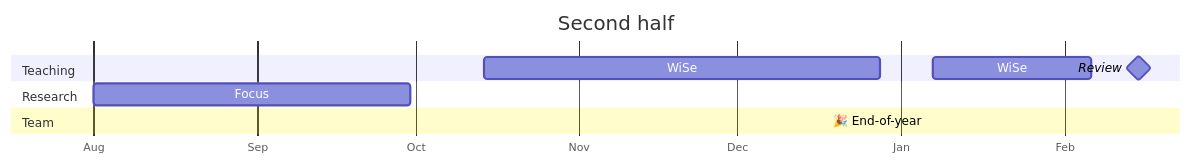
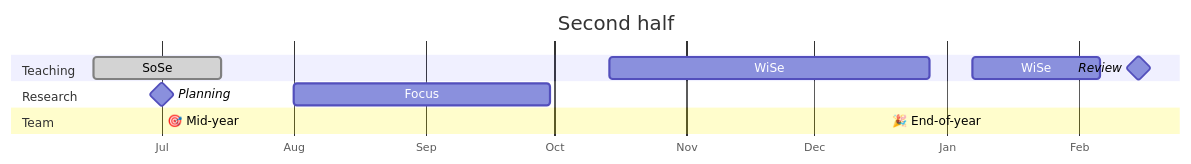
One commit to digital-work-lab/handbook changed the second of 2 diagrams in docs/02.calendar.md. Above: the diagram before and after it, drawn with Mermaid.

````diff
--- a/docs/02.calendar.md
+++ b/docs/02.calendar.md
@@ -35,22 +34,25 @@
 ```mermaid
 ---
 displayMode: compact
 ---
 gantt
     title Second half
     dateFormat  YYYY-MM-DD
     todayMarker stroke-width:5px,stroke:red,opacity:0.8
     axisFormat %b
     section Teaching
 
+    SoSe           :done, 2024-06-15, 30d
     WiSe           :a2, 2024-10-14, 75d
     WiSe           :a2, 2025-01-07, 30d
     Review   :milestone, 2025-02-15, milestone
 
     section Research
+    Planning :milestone, 2024-07-01, milestone
 
     Focus           :a2, 2024-08-01, 60d
 
     section Team
+    🎯 Mid-year :b1, 2024-07-01, milestone
     🎉 End-of-year :b1, 2024-12-18, milestone
 ```
````
